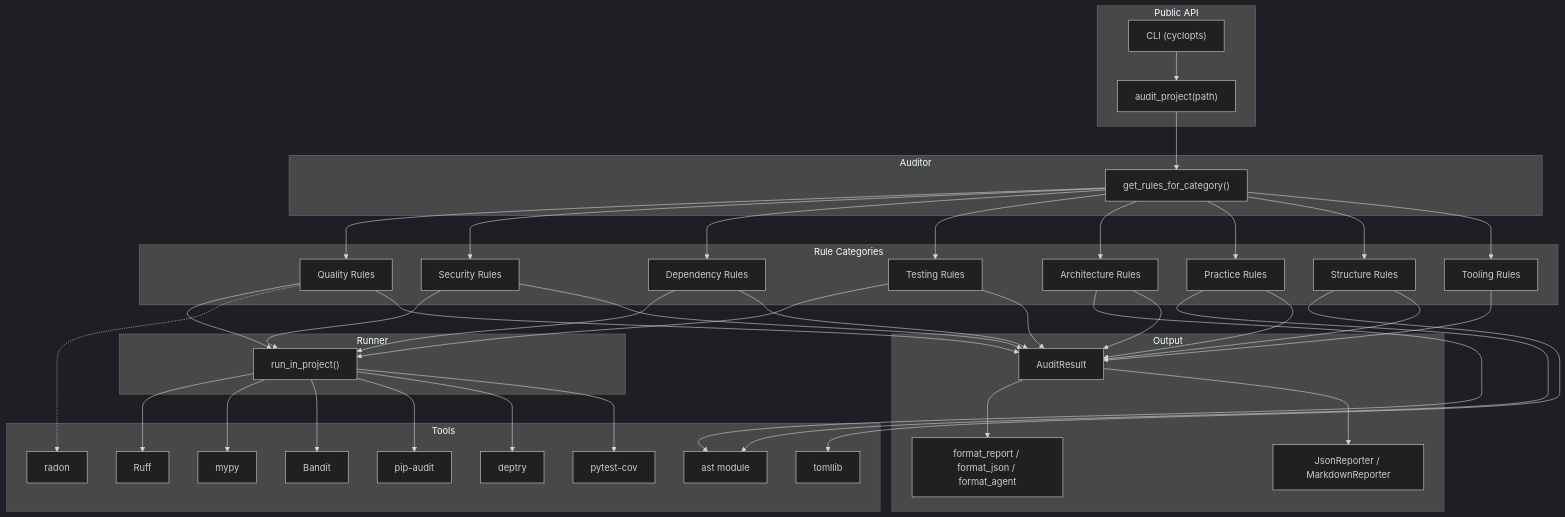
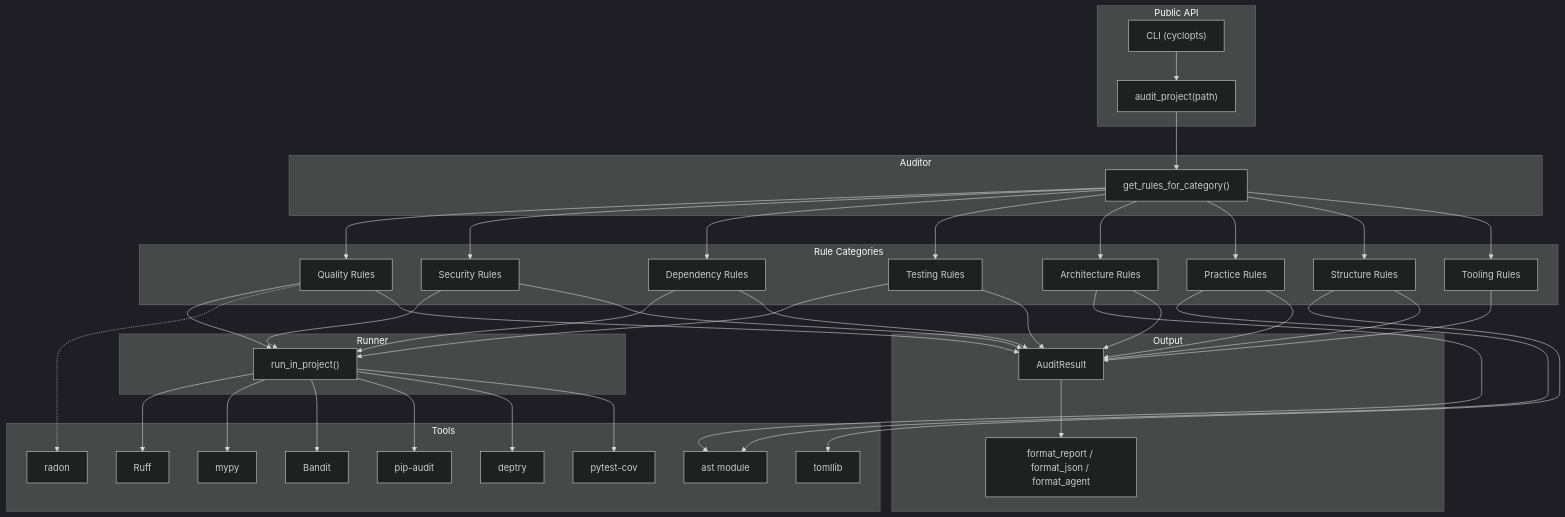
One commit to axm-protocols/axm-forge changed the first of 2 diagrams in docs/explanation/architecture.md. Above: the diagram before and after it, drawn with Mermaid (dark theme). The commit also changed other lines of this file and 10 other files, not shown here.

````diff
--- a/docs/explanation/architecture.md
+++ b/docs/explanation/architecture.md
@@ -7,79 +7,77 @@
 ```mermaid
 graph TD
     subgraph "Public API"
         CLI["CLI (cyclopts)"]
         AuditFn["audit_project(path)"]
     end
 
     subgraph "Auditor"
         Rules["get_rules_for_category()"]
     end
 
     subgraph "Rule Categories"
         Quality["Quality Rules"]
         Security["Security Rules"]
         Deps["Dependency Rules"]
         Testing["Testing Rules"]
         Arch["Architecture Rules"]
         Practice["Practice Rules"]
         Structure["Structure Rules"]
         Tooling["Tooling Rules"]
     end
 
     subgraph "Runner"
         RunInProject["run_in_project()"]
     end
 
     subgraph "Tools"
         Ruff["Ruff"]
         MyPy["mypy"]
         Radon["radon"]
         Bandit["Bandit"]
         PipAudit["pip-audit"]
         Deptry["deptry"]
         PytestCov["pytest-cov"]
         AST["ast module"]
         Tomllib["tomllib"]
     end
 
     subgraph "Output"
         Result["AuditResult"]
         Formatters["format_report / format_json / format_agent"]
-        Reporters["JsonReporter / MarkdownReporter"]
     end
 
     CLI --> AuditFn
     AuditFn --> Rules
     Rules --> Quality
     Rules --> Security
     Rules --> Deps
     Rules --> Testing
     Rules --> Arch
     Rules --> Practice
     Rules --> Structure
     Rules --> Tooling
     Quality --> RunInProject
     Security --> RunInProject
     Deps --> RunInProject
     Testing --> RunInProject
     RunInProject --> Ruff
     RunInProject --> MyPy
     RunInProject --> Bandit
     RunInProject --> PipAudit
     RunInProject --> Deptry
     RunInProject --> PytestCov
     Quality -.-> Radon
     Arch --> AST
     Practice --> AST
     Structure --> Tomllib
     Quality --> Result
     Security --> Result
     Deps --> Result
     Testing --> Result
     Arch --> Result
     Practice --> Result
     Structure --> Result
     Tooling --> Result
     Result --> Formatters
-    Result --> Reporters
 ```
````
